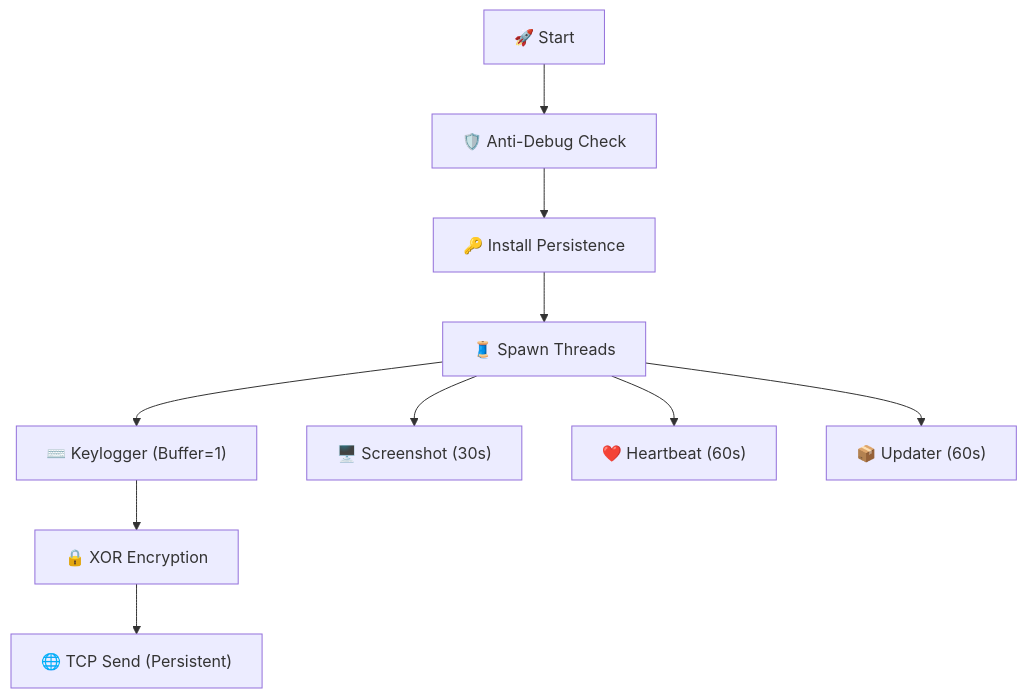
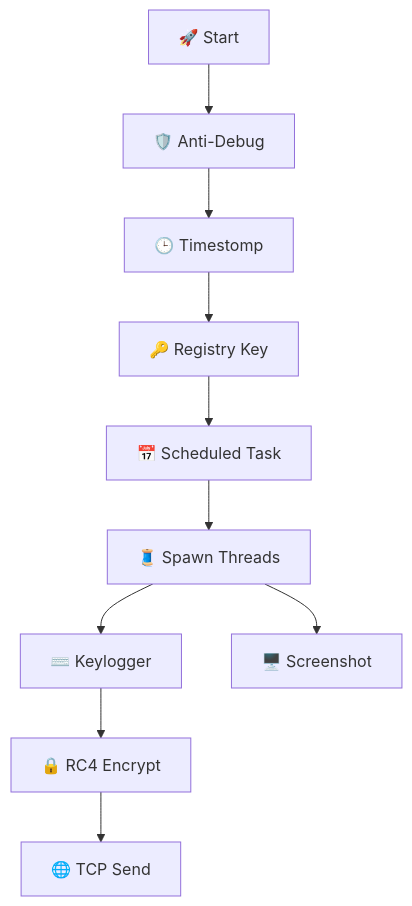
The diagram in README.md (Arunkumarkethana/SpyWare---Scrach), drawn with Mermaid before and after one commit. The commit also changed other lines of this file and 10 other files, not shown here.

Commit message:
Robustness Upgrade: RC4 Encryption, Timestomping, Scheduled Task

````diff
--- a/README.md
+++ b/README.md
@@ -101,14 +77,15 @@
 ```mermaid
 graph TD
-    Start["🚀 Start"] --> Init["🛡️ Anti-Debug Check"]
-    Init --> Persist["🔑 Install Persistence"]
-    Persist --> Threads["🧵 Spawn Threads"]
+    Start["🚀 Start"] --> Init["🛡️ Anti-Debug"]
+    Init --> Time["🕒 Timestomp"]
+    Time --> Persist1["🔑 Registry Key"]
+    Persist1 --> Persist2["📅 Scheduled Task"]
     
-    Threads --> Keys["⌨️ Keylogger (Buffer=1)"]
-    Threads --> Screen["🖥️ Screenshot (30s)"]
-    Threads --> Heart["❤️ Heartbeat (60s)"]
-    Threads --> Update["📦 Updater (60s)"]
+    Persist2 --> Threads["🧵 Spawn Threads"]
     
-    Keys --> Encrypt["🔒 XOR Encryption"]
-    Encrypt --> Net["🌐 TCP Send (Persistent)"]
+    Threads --> Keys["⌨️ Keylogger"]
+    Threads --> Screen["🖥️ Screenshot"]
+    
+    Keys --> RC4["🔒 RC4 Encrypt"]
+    RC4 --> Net["🌐 TCP Send"]
 ```
````
